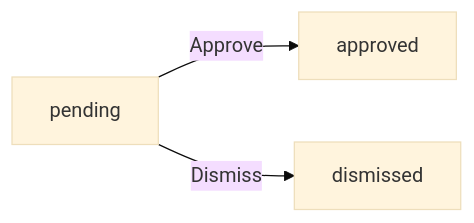
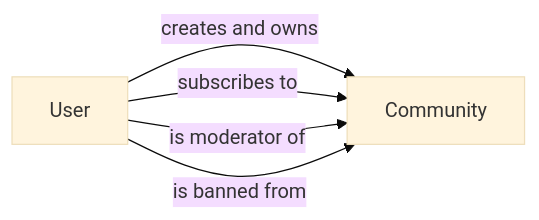
The second of 6 diagrams in qwen/qwen3.5-122b-a10b/reddit/docs/analysis/02-domain-model.md (wrtnlabs/autobe-examples), drawn with Mermaid (base theme) before and after one commit. The commit also changed other lines of this file and 32093 other files, not shown here.

````diff
--- a/qwen/qwen3.5-122b-a10b/reddit/docs/analysis/02-domain-model.md
+++ b/qwen/qwen3.5-122b-a10b/reddit/docs/analysis/02-domain-model.md
@@ -1422,5 +185,7 @@
 ```mermaid
 flowchart LR
-    A["pending"] -->|"Approve"| B["approved"]
-    A["pending"] -->|"Dismiss"| C["dismissed"]
+    A["User"] -->|"creates and owns"| B["Community"]
+    A -->|"subscribes to"| B
+    A -->|"is moderator of"| B
+    A -->|"is banned from"| B
 ```
````
